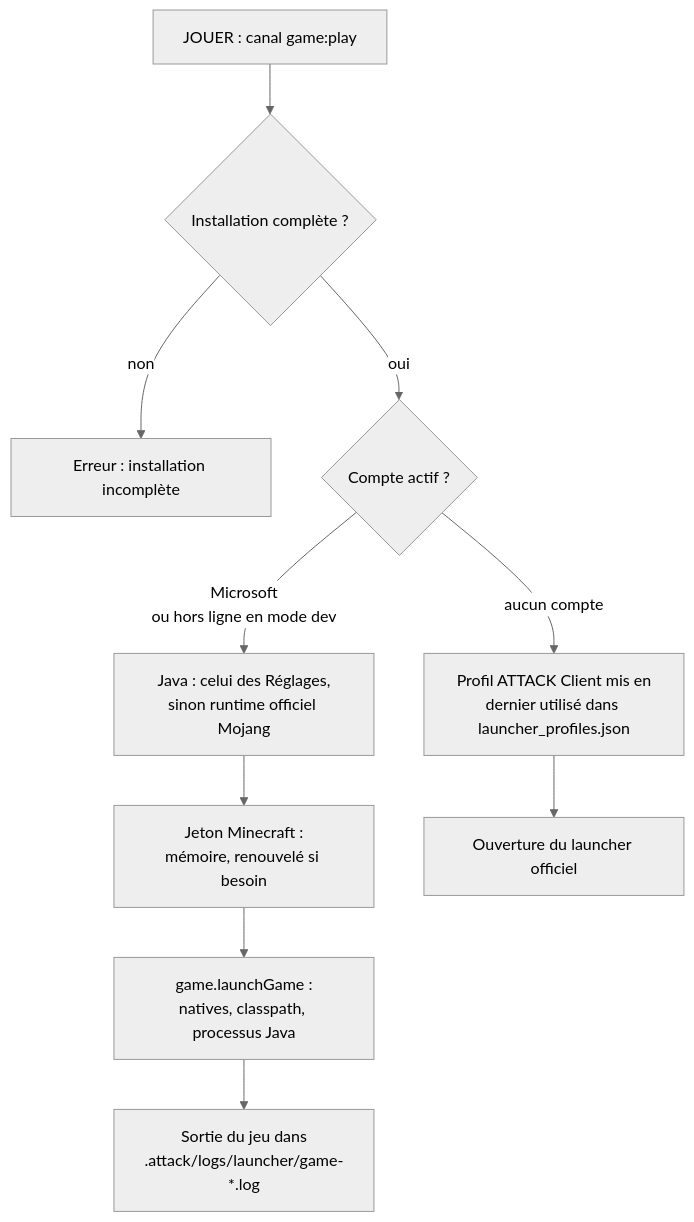
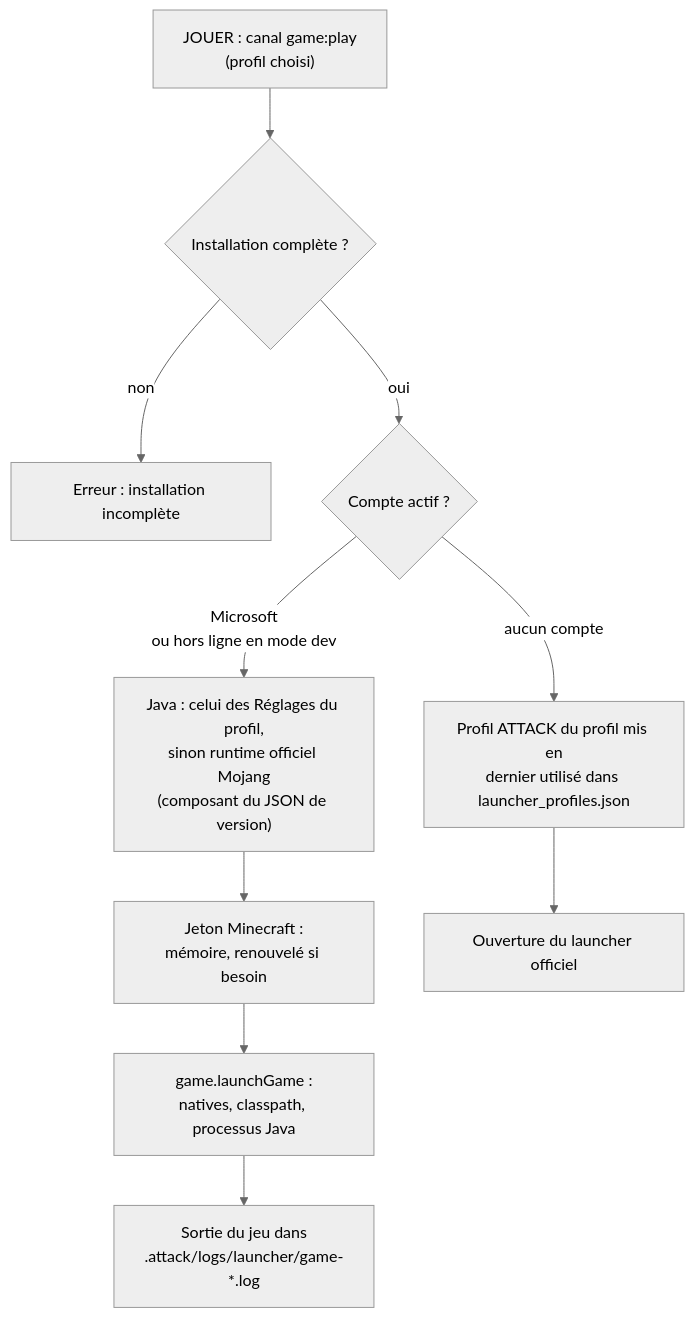
The fourth of 4 diagrams in docs/wiki/Architecture.md (7ShIkI3/attack-launcher), drawn with Mermaid (neutral theme) before and after one commit. The commit also changed other lines of this file and 14 other files, not shown here.

````diff
--- a/docs/wiki/Architecture.md
+++ b/docs/wiki/Architecture.md
@@ -153,12 +156,12 @@
 ```mermaid
 flowchart TD
-  A["JOUER : canal game:play"] --> B{"Installation complète ?"}
+  A["JOUER : canal game:play<br>(profil choisi)"] --> B{"Installation complète ?"}
   B -->|non| X["Erreur : installation incomplète"]
   B -->|oui| C{"Compte actif ?"}
-  C -->|"Microsoft<br>ou hors ligne en mode dev"| D["Java : celui des Réglages,<br>sinon runtime officiel Mojang"]
+  C -->|"Microsoft<br>ou hors ligne en mode dev"| D["Java : celui des Réglages du profil,<br>sinon runtime officiel Mojang<br>(composant du JSON de version)"]
   D --> E["Jeton Minecraft :<br>mémoire, renouvelé si besoin"]
   E --> F["game.launchGame :<br>natives, classpath, processus Java"]
   F --> G["Sortie du jeu dans<br>.attack/logs/launcher/game-*.log"]
-  C -->|"aucun compte"| H["Profil ATTACK Client mis en<br>dernier utilisé dans launcher_profiles.json"]
+  C -->|"aucun compte"| H["Profil ATTACK du profil mis en<br>dernier utilisé dans launcher_profiles.json"]
   H --> I["Ouverture du launcher officiel"]
 ```
````
